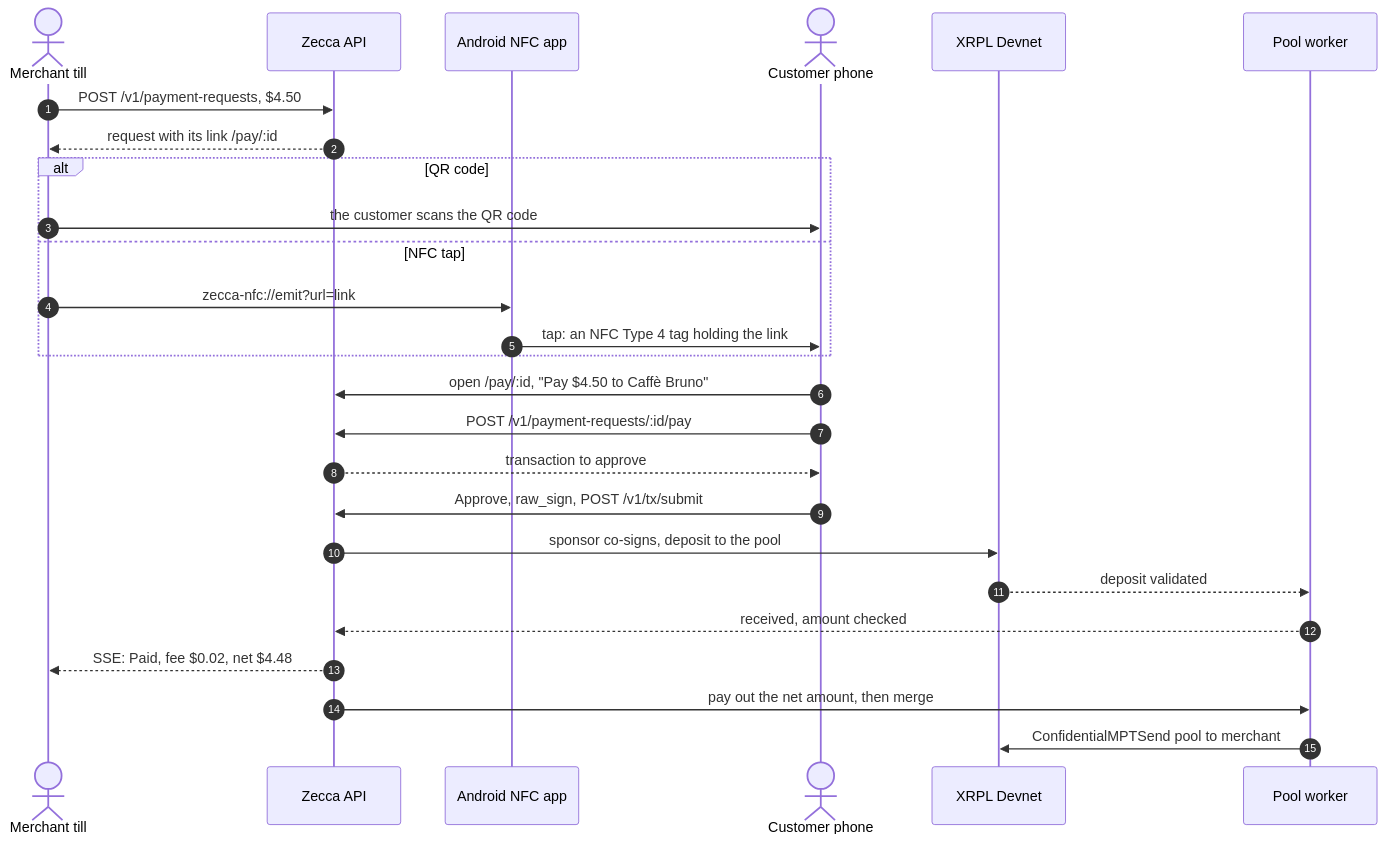
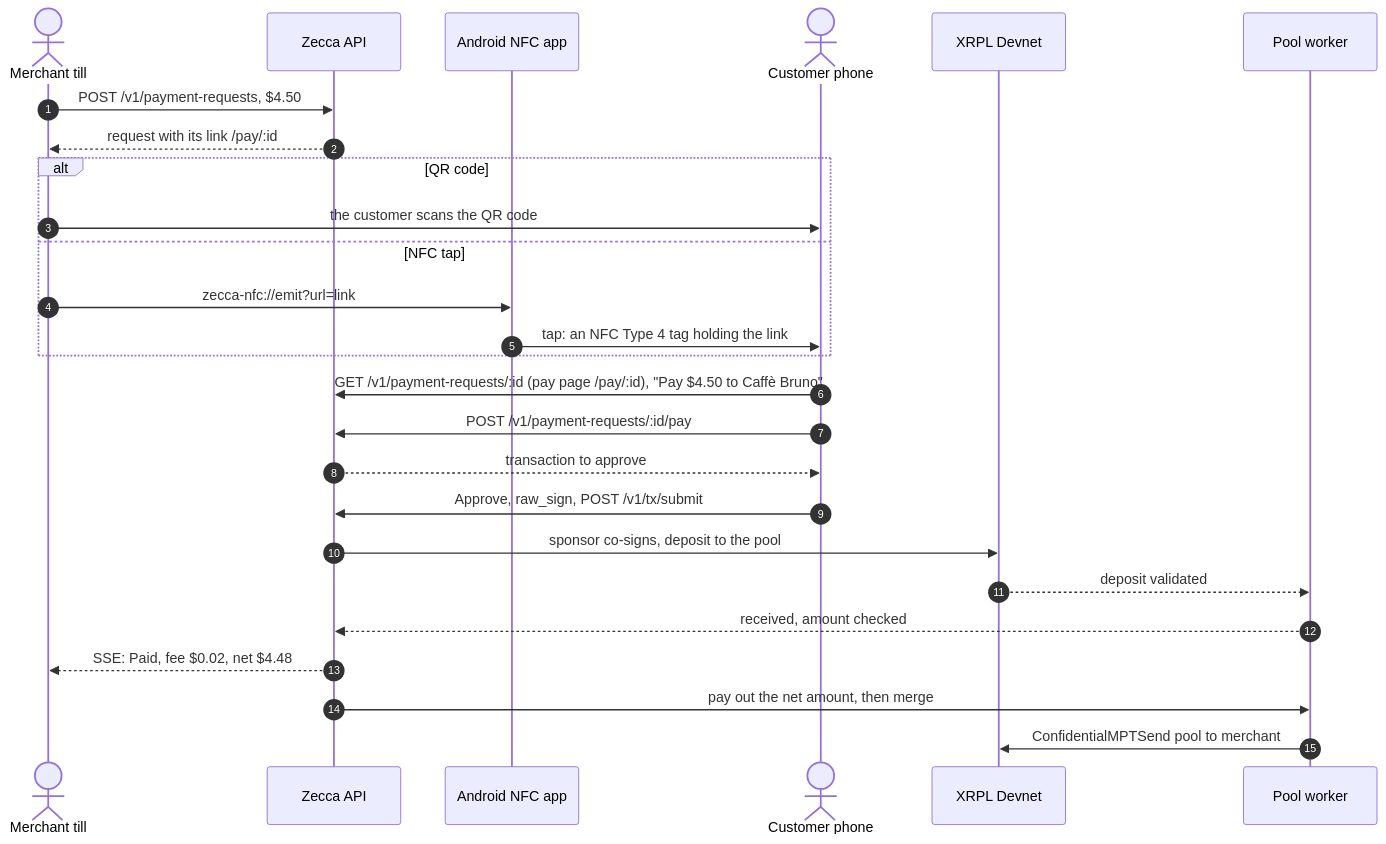
One commit to FehlmannDy/Zecca changed the fourth of 6 diagrams in README.md. Above: the diagram before and after it, drawn with Mermaid. The commit also changed other lines of this file and 1 other file, not shown here.

Commit message:
docs: MoonPay XRP fallback from the EU/EEA, readable architecture diagram with its own pool store, sign-up and pay page labels match the code

````diff
--- a/README.md
+++ b/README.md
@@ -155,29 +148,29 @@
 ```mermaid
 sequenceDiagram
   autonumber
   actor M as Merchant till
   participant API as Zecca API
   participant N as Android NFC app
   actor C as Customer phone
   participant L as XRPL Devnet
   participant PW as Pool worker
 
   M->>API: POST /v1/payment-requests, $4.50
   API-->>M: request with its link /pay/:id
   alt QR code
     M->>C: the customer scans the QR code
   else NFC tap
     M->>N: zecca-nfc://emit?url=link
     N->>C: tap: an NFC Type 4 tag holding the link
   end
-  C->>API: open /pay/:id, "Pay $4.50 to Caffè Bruno"
+  C->>API: GET /v1/payment-requests/:id (pay page /pay/:id), "Pay $4.50 to Caffè Bruno"
   C->>API: POST /v1/payment-requests/:id/pay
   API-->>C: transaction to approve
   C->>API: Approve, raw_sign, POST /v1/tx/submit
   API->>L: sponsor co-signs, deposit to the pool
   L-->>PW: deposit validated
   PW-->>API: received, amount checked
   API-->>M: SSE: Paid, fee $0.02, net $4.48
   API->>PW: pay out the net amount, then merge
   PW->>L: ConfidentialMPTSend pool to merchant
 ```
````
